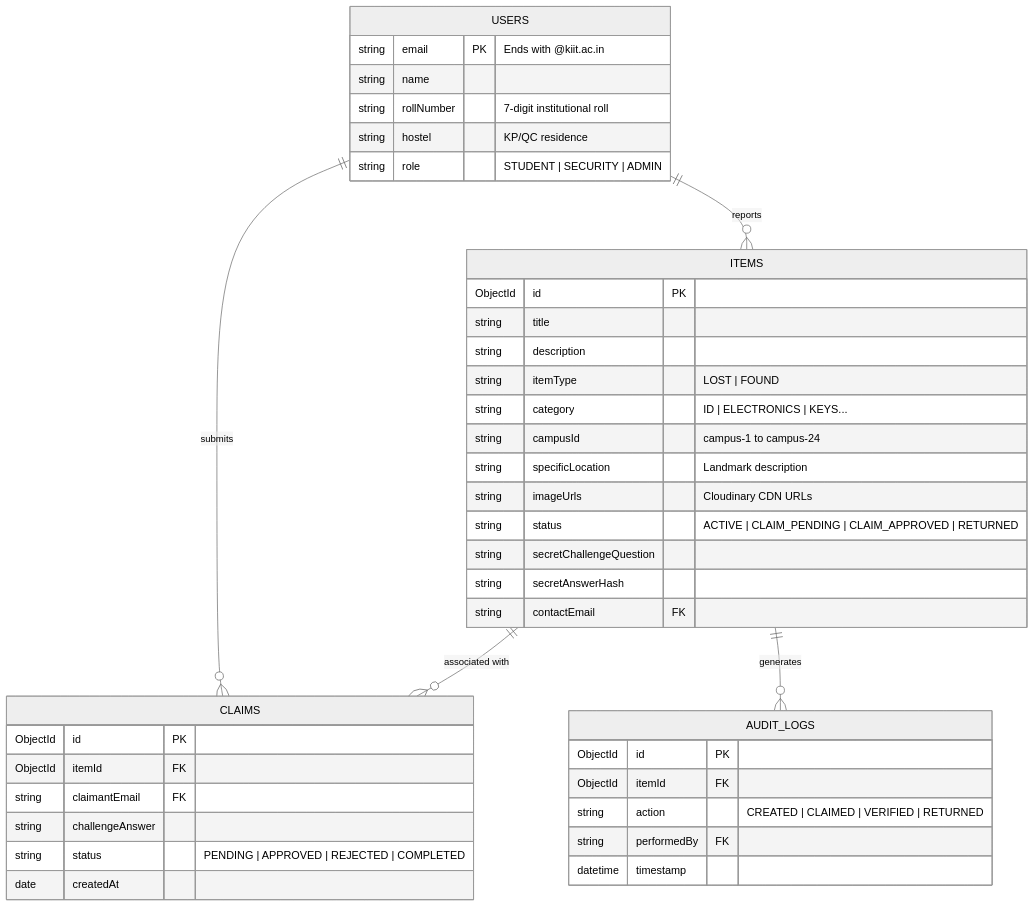
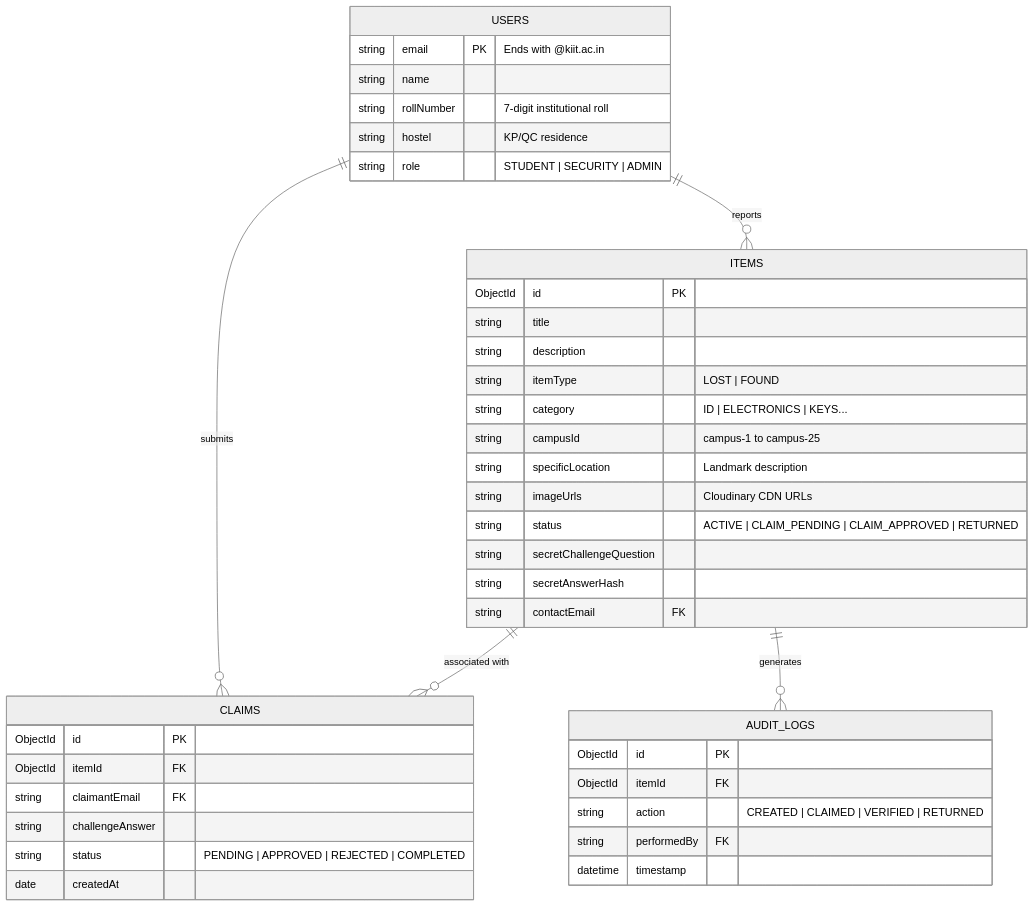
One commit to 24051871-netizen/KIIT-Lost-and-Found changed the third of 4 diagrams in docs/IEEE_830_SRS.md. Above: the diagram before and after it, drawn with Mermaid (neutral theme). The commit also changed other lines of this file and 10 other files, not shown here.

````diff
--- a/docs/IEEE_830_SRS.md
+++ b/docs/IEEE_830_SRS.md
@@ -573,47 +573,47 @@
 ```mermaid
 erDiagram
     USERS ||--o{ ITEMS : "reports"
     USERS ||--o{ CLAIMS : "submits"
     ITEMS ||--o{ CLAIMS : "associated with"
     ITEMS ||--o{ AUDIT_LOGS : "generates"
 
     USERS {
         string email PK "Ends with @kiit.ac.in"
         string name
         string rollNumber "7-digit institutional roll"
         string hostel "KP/QC residence"
         string role "STUDENT | SECURITY | ADMIN"
     }
 
     ITEMS {
         ObjectId id PK
         string title
         string description
         string itemType "LOST | FOUND"
         string category "ID | ELECTRONICS | KEYS..."
-        string campusId "campus-1 to campus-24"
+        string campusId "campus-1 to campus-25"
         string specificLocation "Landmark description"
         string imageUrls "Cloudinary CDN URLs"
         string status "ACTIVE | CLAIM_PENDING | CLAIM_APPROVED | RETURNED"
         string secretChallengeQuestion
         string secretAnswerHash
         string contactEmail FK
     }
 
     CLAIMS {
         ObjectId id PK
         ObjectId itemId FK
         string claimantEmail FK
         string challengeAnswer
         string status "PENDING | APPROVED | REJECTED | COMPLETED"
         date createdAt
     }
 
     AUDIT_LOGS {
         ObjectId id PK
         ObjectId itemId FK
         string action "CREATED | CLAIMED | VERIFIED | RETURNED"
         string performedBy FK
         datetime timestamp
     }
 ```
````
